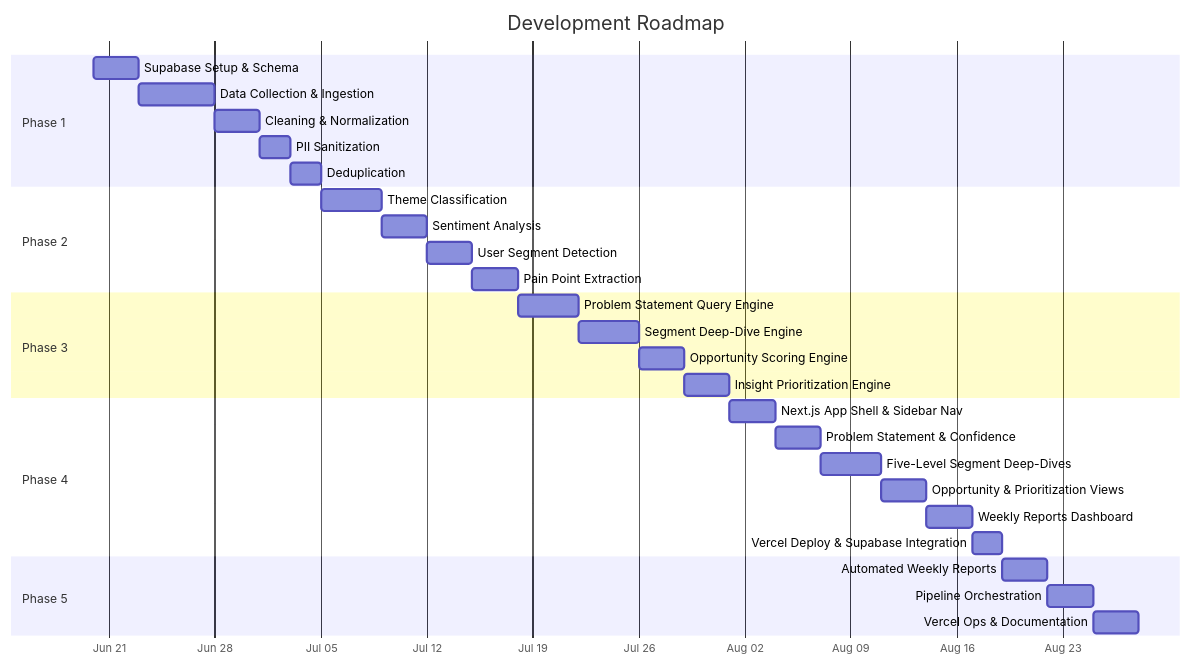
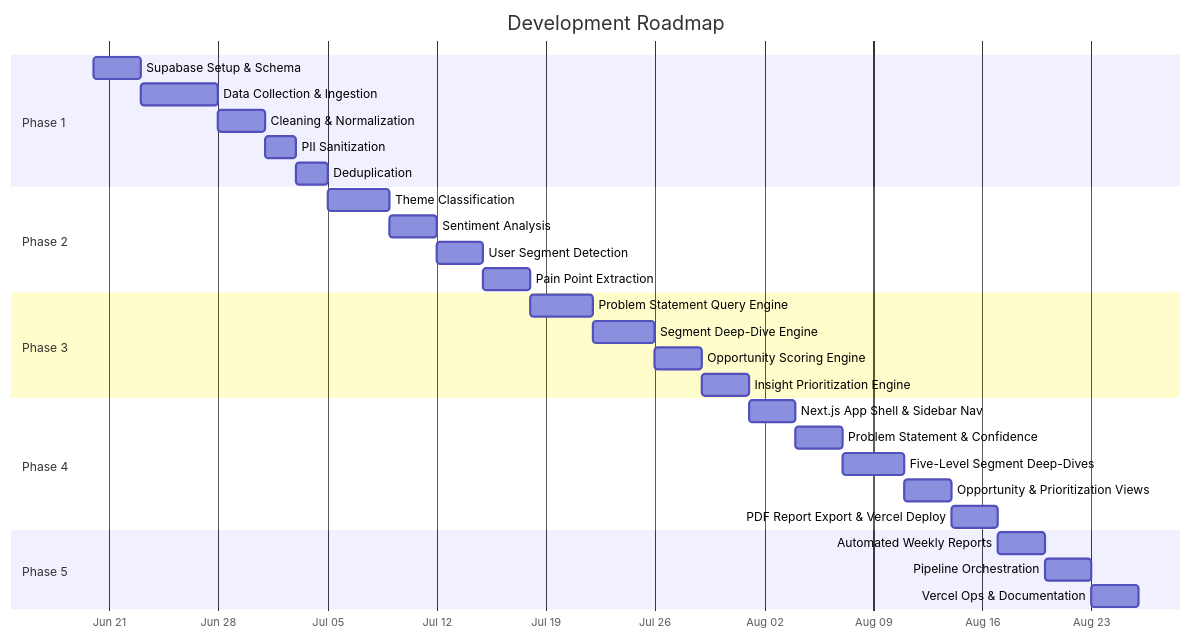
Before and after one commit to subramanyacharan/spotify-analyzer-: the diagram in DOCS/implementationPlan.md, drawn with Mermaid. The commit also changed other lines of this file and 17 other files, not shown here.

````diff
--- a/DOCS/implementationPlan.md
+++ b/DOCS/implementationPlan.md
@@ -563,38 +564,37 @@
 ```mermaid
 gantt
     title Development Roadmap
     dateFormat  YYYY-MM-DD
     axisFormat  %b %d
 
     section Phase 1
     Supabase Setup & Schema          :p1a, 2026-06-20, 3d
     Data Collection & Ingestion      :p1b, after p1a, 5d
     Cleaning & Normalization         :p1c, after p1b, 3d
     PII Sanitization                 :p1d, after p1c, 2d
     Deduplication                    :p1e, after p1d, 2d
 
     section Phase 2
     Theme Classification             :p2a, after p1e, 4d
     Sentiment Analysis               :p2b, after p2a, 3d
     User Segment Detection           :p2c, after p2b, 3d
     Pain Point Extraction            :p2d, after p2c, 3d
 
     section Phase 3
     Problem Statement Query Engine   :p3a, after p2d, 4d
     Segment Deep-Dive Engine         :p3b, after p3a, 4d
     Opportunity Scoring Engine       :p3c, after p3b, 3d
     Insight Prioritization Engine      :p3d, after p3c, 3d
 
     section Phase 4
     Next.js App Shell & Sidebar Nav       :p4a, after p3d, 3d
     Problem Statement & Confidence       :p4b, after p4a, 3d
     Five-Level Segment Deep-Dives        :p4c, after p4b, 4d
     Opportunity & Prioritization Views   :p4d, after p4c, 3d
-    Weekly Reports Dashboard             :p4e, after p4d, 3d
-    Vercel Deploy & Supabase Integration :p4f, after p4e, 2d
+    PDF Report Export & Vercel Deploy    :p4e, after p4d, 3d
 
     section Phase 5
-    Automated Weekly Reports             :p5a, after p4f, 3d
+    Automated Weekly Reports             :p5a, after p4e, 3d
     Pipeline Orchestration           :p5b, after p5a, 3d
     Vercel Ops & Documentation       :p5c, after p5b, 3d
 ```
````
